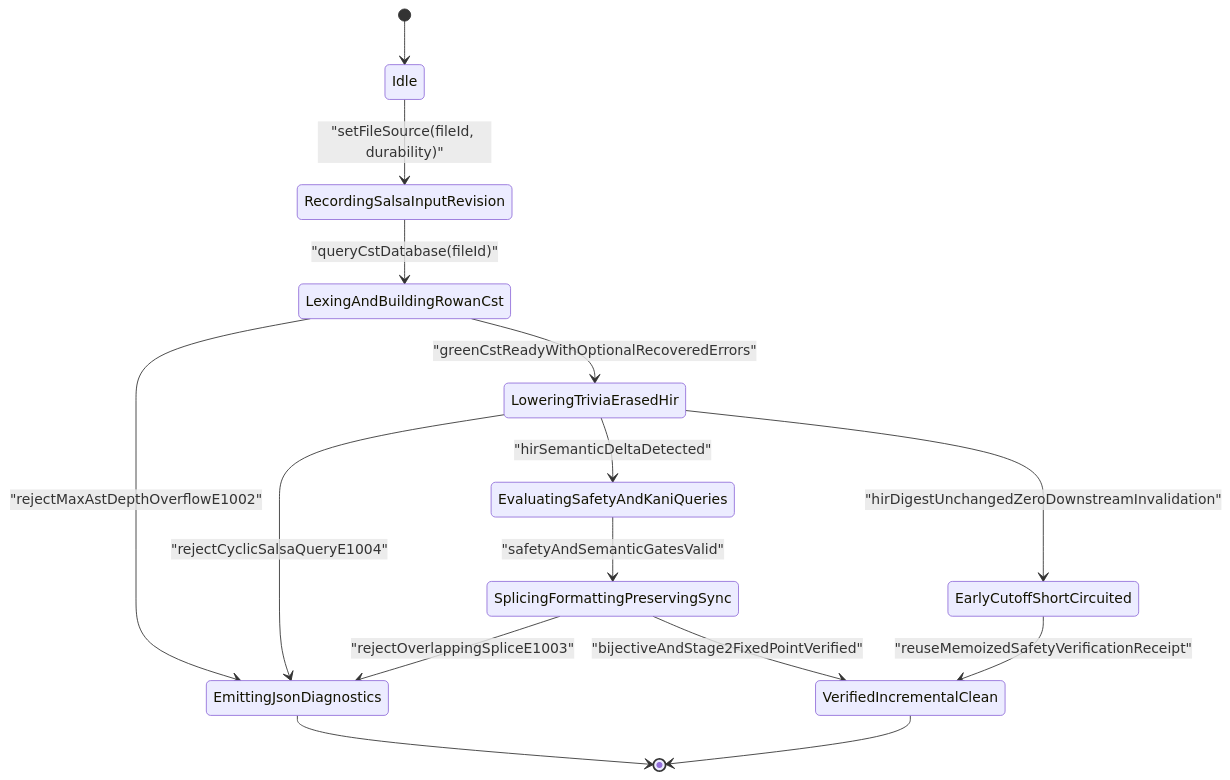
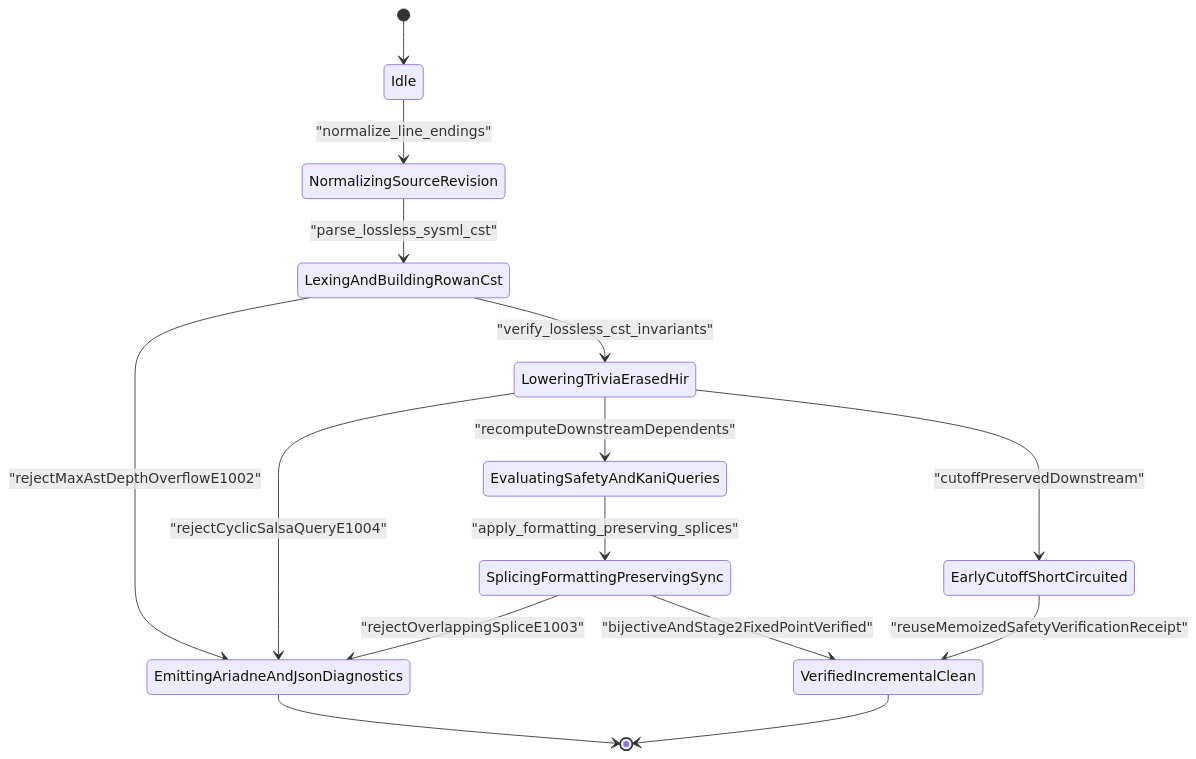
The second of 4 diagrams in docs/designs/blueprint-10-rowan-salsa-incremental-sysml-compiler.md (gintatkinson/DEAP01-spec-core), drawn with Mermaid before and after one commit. The commit also changed other lines of this file and 2 other files, not shown here.

Commit message:
docs(blueprints): refactor BP-10 onto rowan, salsa, ariadne, and polyglot CSTs

````diff
--- a/docs/designs/blueprint-10-rowan-salsa-incremental-sysml-compiler.md
+++ b/docs/designs/blueprint-10-rowan-salsa-incremental-sysml-compiler.md
@@ -133,17 +159,17 @@
 ```mermaid
 stateDiagram-v2
     [*] --> Idle
-    Idle --> RecordingSalsaInputRevision : "setFileSource(fileId, durability)"
-    RecordingSalsaInputRevision --> LexingAndBuildingRowanCst : "queryCstDatabase(fileId)"
-    LexingAndBuildingRowanCst --> EmittingJsonDiagnostics : "rejectMaxAstDepthOverflowE1002"
-    LexingAndBuildingRowanCst --> LoweringTriviaErasedHir : "greenCstReadyWithOptionalRecoveredErrors"
-    LoweringTriviaErasedHir --> EmittingJsonDiagnostics : "rejectCyclicSalsaQueryE1004"
-    LoweringTriviaErasedHir --> EarlyCutoffShortCircuited : "hirDigestUnchangedZeroDownstreamInvalidation"
-    LoweringTriviaErasedHir --> EvaluatingSafetyAndKaniQueries : "hirSemanticDeltaDetected"
-    EvaluatingSafetyAndKaniQueries --> SplicingFormattingPreservingSync : "safetyAndSemanticGatesValid"
-    SplicingFormattingPreservingSync --> EmittingJsonDiagnostics : "rejectOverlappingSpliceE1003"
+    Idle --> NormalizingSourceRevision : "normalize_line_endings"
+    NormalizingSourceRevision --> LexingAndBuildingRowanCst : "parse_lossless_sysml_cst"
+    LexingAndBuildingRowanCst --> EmittingAriadneAndJsonDiagnostics : "rejectMaxAstDepthOverflowE1002"
+    LexingAndBuildingRowanCst --> LoweringTriviaErasedHir : "verify_lossless_cst_invariants"
+    LoweringTriviaErasedHir --> EmittingAriadneAndJsonDiagnostics : "rejectCyclicSalsaQueryE1004"
+    LoweringTriviaErasedHir --> EarlyCutoffShortCircuited : "cutoffPreservedDownstream"
+    LoweringTriviaErasedHir --> EvaluatingSafetyAndKaniQueries : "recomputeDownstreamDependents"
+    EvaluatingSafetyAndKaniQueries --> SplicingFormattingPreservingSync : "apply_formatting_preserving_splices"
+    SplicingFormattingPreservingSync --> EmittingAriadneAndJsonDiagnostics : "rejectOverlappingSpliceE1003"
     SplicingFormattingPreservingSync --> VerifiedIncrementalClean : "bijectiveAndStage2FixedPointVerified"
     EarlyCutoffShortCircuited --> VerifiedIncrementalClean : "reuseMemoizedSafetyVerificationReceipt"
-    EmittingJsonDiagnostics --> [*]
+    EmittingAriadneAndJsonDiagnostics --> [*]
     VerifiedIncrementalClean --> [*]
 ```
````
